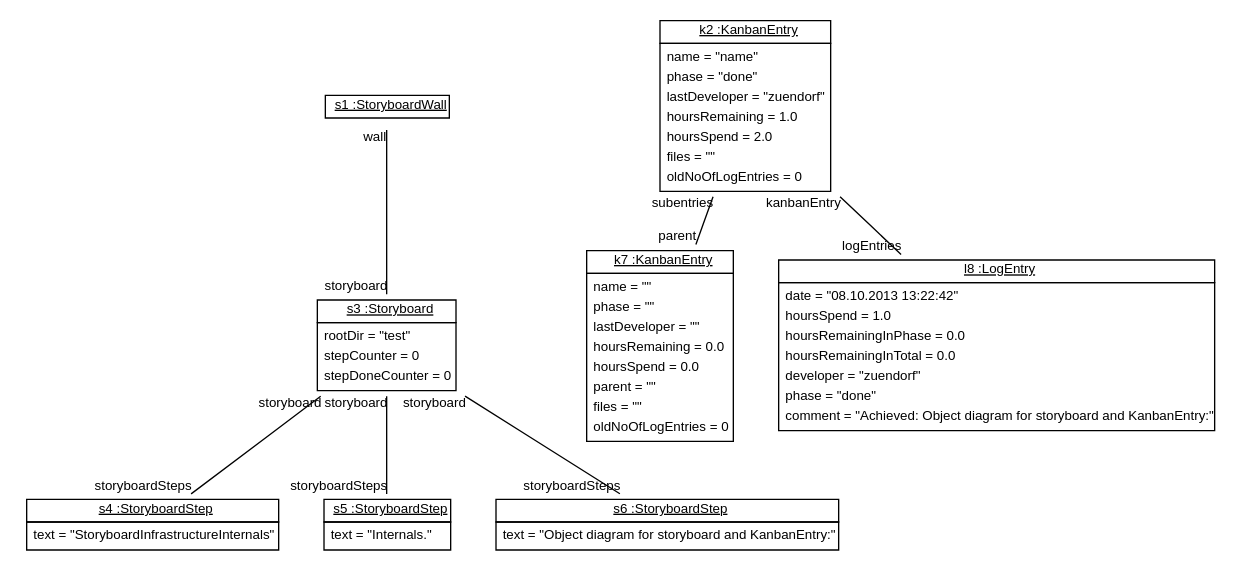
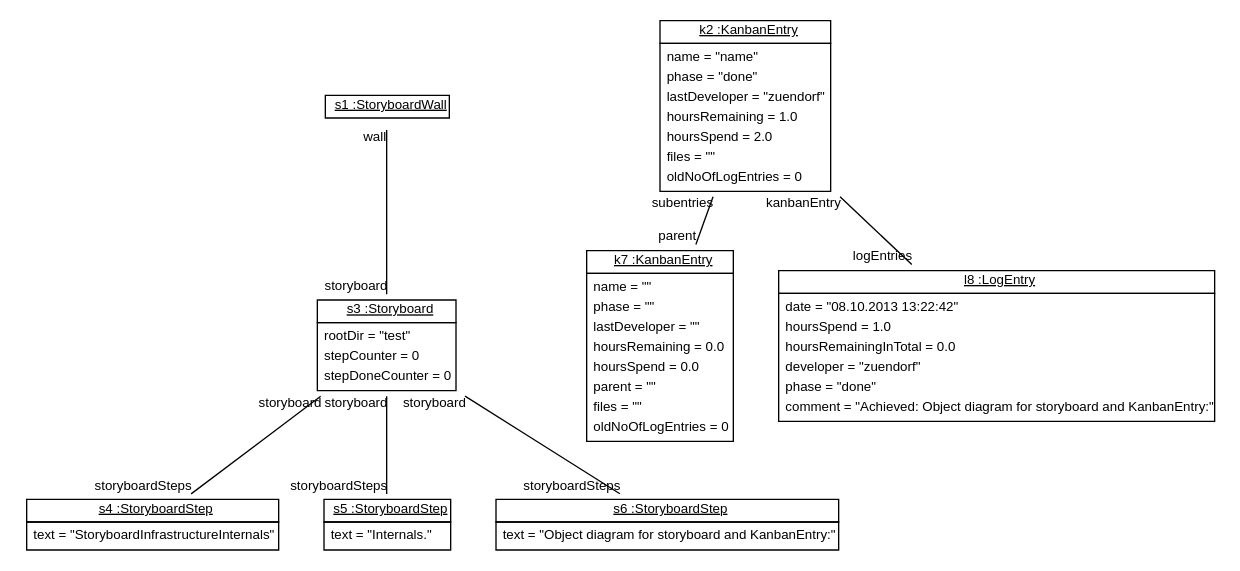
One commit to fujaba/SDMLib changed the diagram in doc/StoryboardInfrastructureInternals4.dot. Above: the diagram before and after it, drawn with Graphviz. The commit also changed 74 other files, not shown here.

Commit message:
computing burn down charts with javascript highcharts

```diff
--- a/doc/StoryboardInfrastructureInternals4.dot
+++ b/doc/StoryboardInfrastructureInternals4.dot
@@ -1,21 +1,21 @@
 graph ObjectDiagram {
    node [shape = none, fontsize = 10, fontname = "Arial"];
    edge [fontsize = 10, fontname = "Arial"];
    compound=true;
 
 s1 [label=<<table border='0' cellborder='1' cellspacing='0'> <tr> <td href="../../SDMLib/src/org/sdmlib/storyboards/StoryboardWall.java"> <u>s1 :StoryboardWall</u></td></tr></table>>];
 s3 [label=<<table border='0' cellborder='1' cellspacing='0'> <tr> <td href="../../SDMLib/src/org/sdmlib/storyboards/Storyboard.java"> <u>s3 :Storyboard</u></td></tr><tr><td><table border='0' cellborder='0' cellspacing='0'><tr><td align='left'>rootDir = "test"</td></tr><tr><td align='left'>stepCounter = 0</td></tr><tr><td align='left'>stepDoneCounter = 0</td></tr></table></td></tr></table>>];
 s4 [label=<<table border='0' cellborder='1' cellspacing='0'> <tr> <td href="../../SDMLib/src/org/sdmlib/storyboards/StoryboardStep.java"> <u>s4 :StoryboardStep</u></td></tr><tr><td><table border='0' cellborder='0' cellspacing='0'><tr><td align='left'>text = "StoryboardInfrastructureInternals"</td></tr></table></td></tr></table>>];
 s5 [label=<<table border='0' cellborder='1' cellspacing='0'> <tr> <td href="../../SDMLib/src/org/sdmlib/storyboards/StoryboardStep.java"> <u>s5 :StoryboardStep</u></td></tr><tr><td><table border='0' cellborder='0' cellspacing='0'><tr><td align='left'>text = "Internals."</td></tr></table></td></tr></table>>];
 s6 [label=<<table border='0' cellborder='1' cellspacing='0'> <tr> <td href="../../SDMLib/src/org/sdmlib/storyboards/StoryboardStep.java"> <u>s6 :StoryboardStep</u></td></tr><tr><td><table border='0' cellborder='0' cellspacing='0'><tr><td align='left'>text = "Object diagram for storyboard and KanbanEntry:"</td></tr></table></td></tr></table>>];
 k2 [label=<<table border='0' cellborder='1' cellspacing='0'> <tr> <td href="../../SDMLib/src/org/sdmlib/storyboards/KanbanEntry.java"> <u>k2 :KanbanEntry</u></td></tr><tr><td><table border='0' cellborder='0' cellspacing='0'><tr><td align='left'>name = "name"</td></tr><tr><td align='left'>phase = "done"</td></tr><tr><td align='left'>lastDeveloper = "zuendorf"</td></tr><tr><td align='left'>hoursRemaining = 1.0</td></tr><tr><td align='left'>hoursSpend = 2.0</td></tr><tr><td align='left'>files = ""</td></tr><tr><td align='left'>oldNoOfLogEntries = 0</td></tr></table></td></tr></table>>];
 k7 [label=<<table border='0' cellborder='1' cellspacing='0'> <tr> <td href="../../SDMLib/src/org/sdmlib/storyboards/KanbanEntry.java"> <u>k7 :KanbanEntry</u></td></tr><tr><td><table border='0' cellborder='0' cellspacing='0'><tr><td align='left'>name = ""</td></tr><tr><td align='left'>phase = ""</td></tr><tr><td align='left'>lastDeveloper = ""</td></tr><tr><td align='left'>hoursRemaining = 0.0</td></tr><tr><td align='left'>hoursSpend = 0.0</td></tr><tr><td align='left'>parent = ""</td></tr><tr><td align='left'>files = ""</td></tr><tr><td align='left'>oldNoOfLogEntries = 0</td></tr></table></td></tr></table>>];
-l8 [label=<<table border='0' cellborder='1' cellspacing='0'> <tr> <td href="../../SDMLib/src/org/sdmlib/storyboards/LogEntry.java"> <u>l8 :LogEntry</u></td></tr><tr><td><table border='0' cellborder='0' cellspacing='0'><tr><td align='left'>date = "08.10.2013 13:22:42"</td></tr><tr><td align='left'>hoursSpend = 1.0</td></tr><tr><td align='left'>hoursRemainingInPhase = 0.0</td></tr><tr><td align='left'>hoursRemainingInTotal = 0.0</td></tr><tr><td align='left'>developer = "zuendorf"</td></tr><tr><td align='left'>phase = "done"</td></tr><tr><td align='left'>comment = "Achieved: Object diagram for storyboard and KanbanEntry:"</td></tr></table></td></tr></table>>];
+l8 [label=<<table border='0' cellborder='1' cellspacing='0'> <tr> <td href="../../SDMLib/src/org/sdmlib/storyboards/LogEntry.java"> <u>l8 :LogEntry</u></td></tr><tr><td><table border='0' cellborder='0' cellspacing='0'><tr><td align='left'>date = "08.10.2013 13:22:42"</td></tr><tr><td align='left'>hoursSpend = 1.0</td></tr><tr><td align='left'>hoursRemainingInTotal = 0.0</td></tr><tr><td align='left'>developer = "zuendorf"</td></tr><tr><td align='left'>phase = "done"</td></tr><tr><td align='left'>comment = "Achieved: Object diagram for storyboard and KanbanEntry:"</td></tr></table></td></tr></table>>];
 
 s1 -- s3 [headlabel = "storyboard" taillabel = "wall"];
 s3 -- s4 [headlabel = "storyboardSteps" taillabel = "storyboard"];
 s3 -- s5 [headlabel = "storyboardSteps" taillabel = "storyboard"];
 s3 -- s6 [headlabel = "storyboardSteps" taillabel = "storyboard"];
 k2 -- k7 [headlabel = "parent" taillabel = "subentries"];
 k2 -- l8 [headlabel = "logEntries" taillabel = "kanbanEntry"];
 }
```
